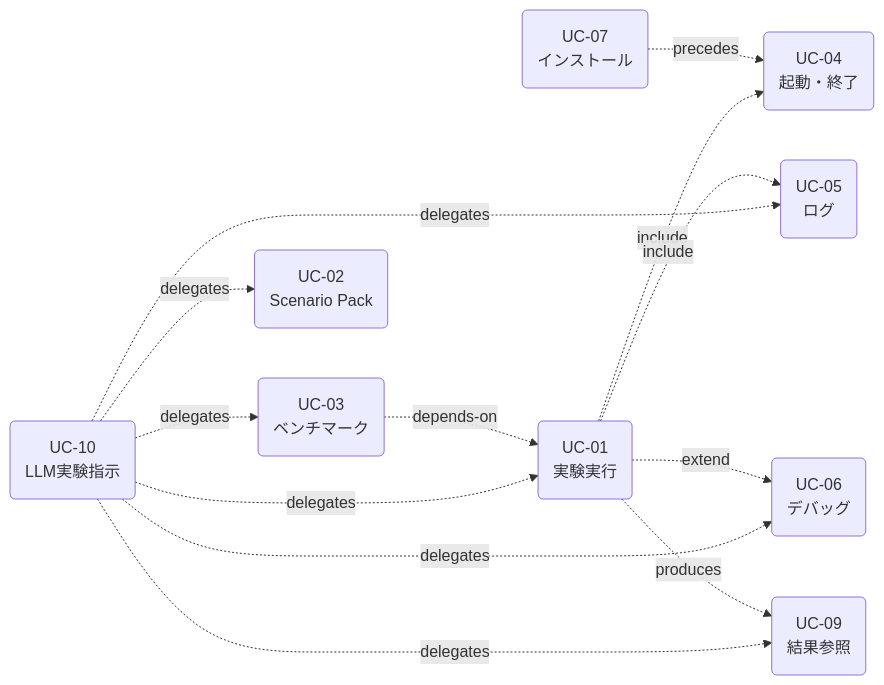
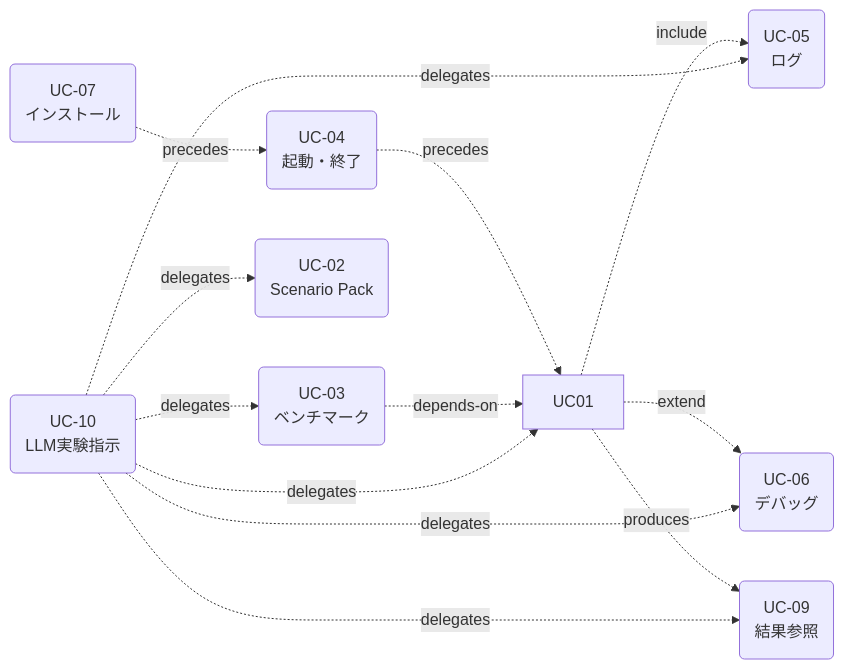
One commit to bottlenome/gridflow changed the second of 15 diagrams in docs/architecture/04_dynamic_view.md. Above: the diagram before and after it, drawn with Mermaid. The commit also changed other lines of this file, not shown here.

````diff
--- a/docs/architecture/04_dynamic_view.md
+++ b/docs/architecture/04_dynamic_view.md
@@ -64,15 +64,15 @@
 ```mermaid
 graph LR
     UC07("UC-07<br>インストール") -.->|precedes| UC04("UC-04<br>起動・終了")
-    UC01("UC-01<br>実験実行") -.->|include| UC04
+    UC04("UC-04<br>起動・終了") -.->|precedes| UC01
     UC01 -.->|include| UC05("UC-05<br>ログ")
     UC01 -.->|extend| UC06("UC-06<br>デバッグ")
     UC01 -.->|produces| UC09("UC-09<br>結果参照")
     UC03("UC-03<br>ベンチマーク") -.->|depends-on| UC01
     UC10("UC-10<br>LLM実験指示") -.->|delegates| UC01
     UC10 -.->|delegates| UC02("UC-02<br>Scenario Pack")
     UC10 -.->|delegates| UC03
     UC10 -.->|delegates| UC05("UC-05<br>ログ")
     UC10 -.->|delegates| UC06("UC-06<br>デバッグ")
     UC10 -.->|delegates| UC09
 ```
````
